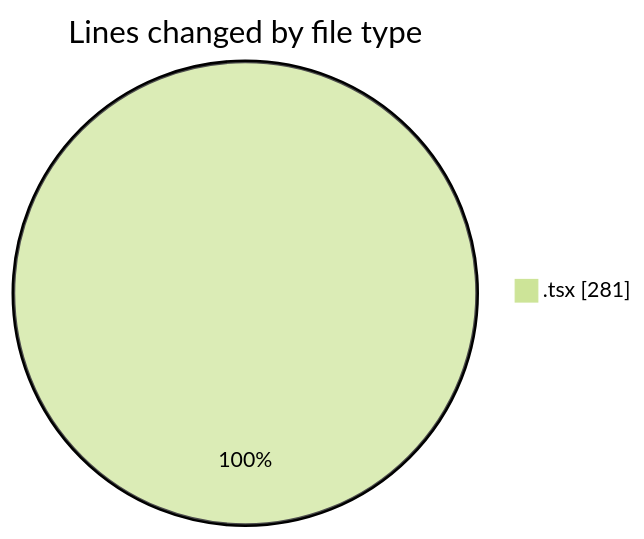
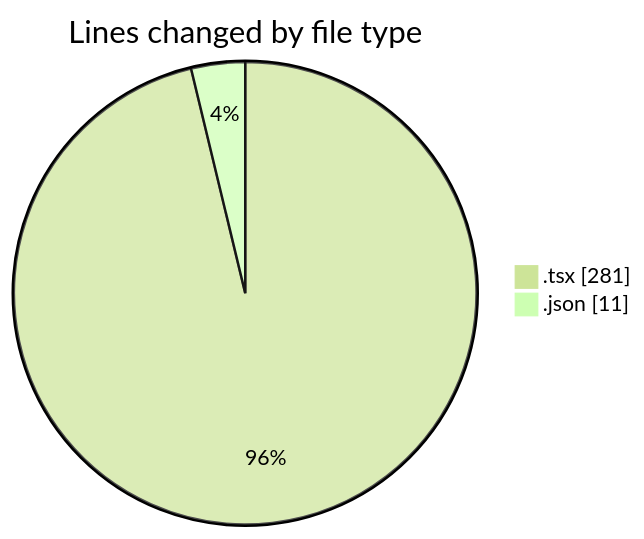
One commit to Elitesun/code-tracking changed the first of 2 diagrams in 2025-05-05/niten/README.md. Above: the diagram before and after it, drawn with Mermaid (forest theme). The commit also changed other lines of this file and 1 other file, not shown here.

````diff
--- a/2025-05-05/niten/README.md
+++ b/2025-05-05/niten/README.md
@@ -24,5 +25,6 @@
 ```mermaid
 pie showData
 title Lines changed by file type
 ".tsx" : 281
+".json" : 11
 ```
````
